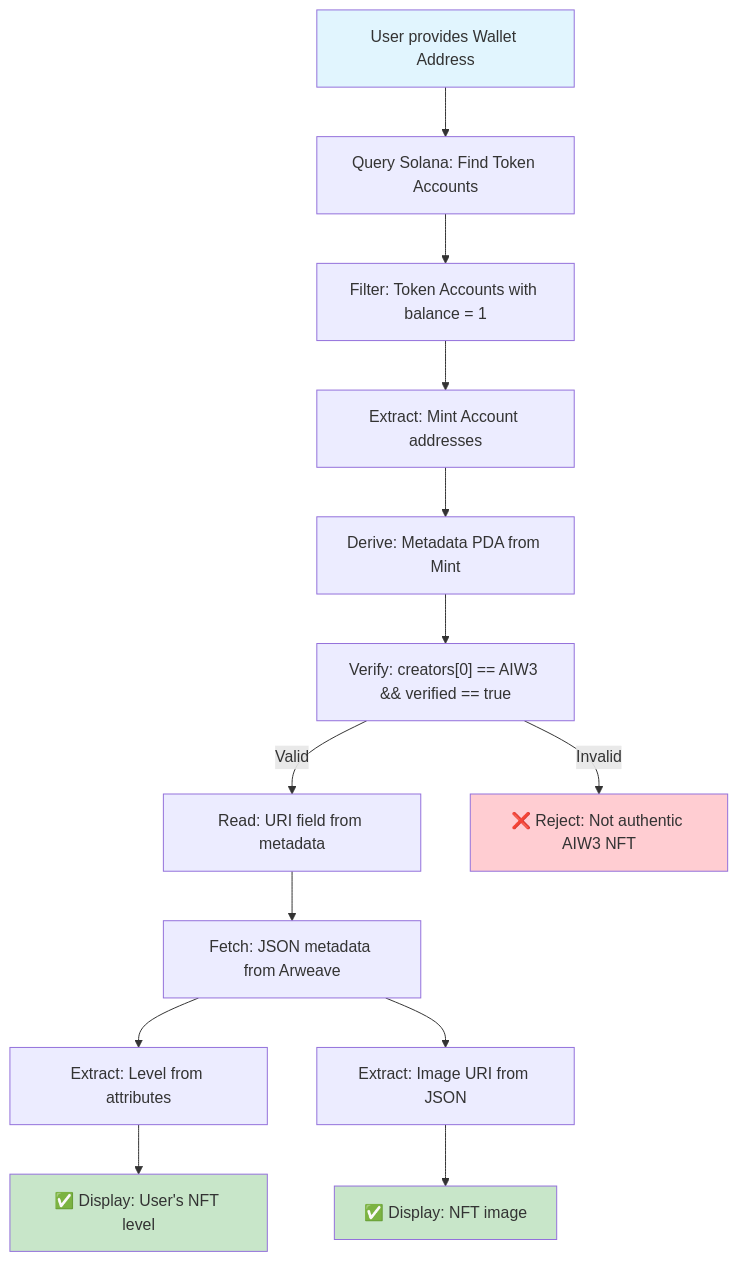
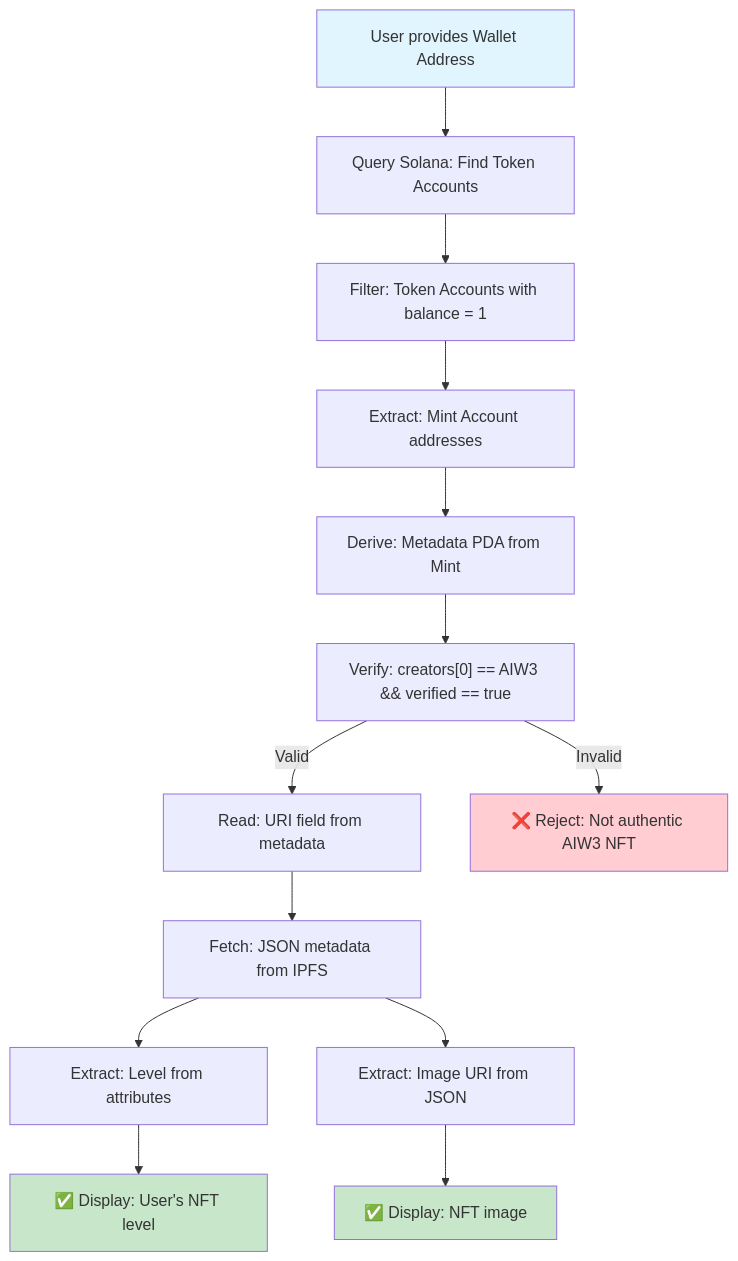
The second of 5 diagrams in docs/AIW3-NFT-Technical-Guide.md (ljg-cqu/aiw3-nft-solana), drawn with Mermaid before and after one commit. The commit also changed other lines of this file and 3 other files, not shown here.

Commit message:
docs: switch NFT storage from Arweave to IPFS via Pinata for cost efficiency and backend alignment

````diff
--- a/docs/AIW3-NFT-Technical-Guide.md
+++ b/docs/AIW3-NFT-Technical-Guide.md
@@ -255,20 +257,20 @@
 ```mermaid
 flowchart TD
     A["User provides Wallet Address"] --> B["Query Solana: Find Token Accounts"]
     B --> C["Filter: Token Accounts with balance = 1"]
     C --> D["Extract: Mint Account addresses"]
     D --> E["Derive: Metadata PDA from Mint"]
     E --> F["Verify: creators[0] == AIW3 && verified == true"]
     F --> |Valid| G["Read: URI field from metadata"]
     F --> |Invalid| H["❌ Reject: Not authentic AIW3 NFT"]
-    G --> I["Fetch: JSON metadata from Arweave"]
+    G --> I["Fetch: JSON metadata from IPFS"]
     I --> J["Extract: Level from attributes"]
     I --> K["Extract: Image URI from JSON"]
     J --> L["✅ Display: User's NFT level"]
     K --> M["✅ Display: NFT image"]
 
     style A fill:#e1f5fe
     style L fill:#c8e6c9
     style M fill:#c8e6c9
     style H fill:#ffcdd2
 ```
````
